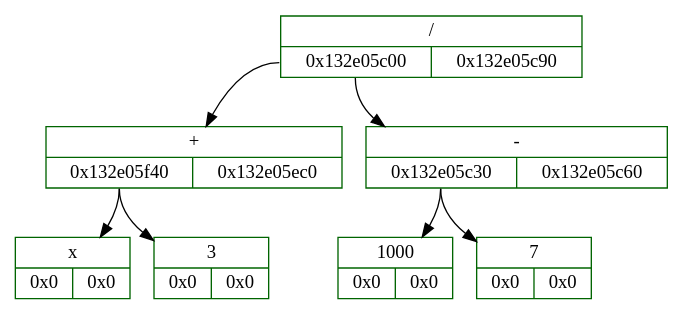
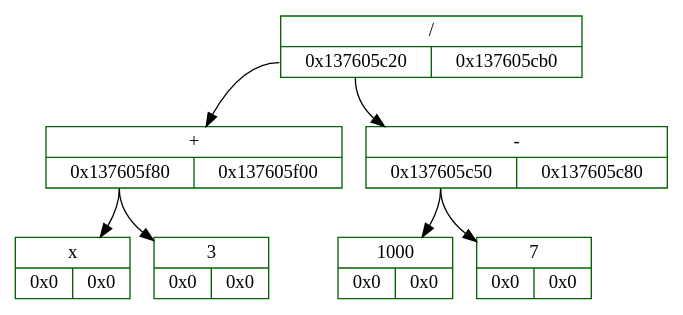
One commit to whiterno/bin_exp_tree changed the diagram in log/dump.dot. Above: the diagram before and after it, drawn with Graphviz. The commit also changed 6 other files, not shown here.

```diff
--- a/log/dump.dot
+++ b/log/dump.dot
@@ -1,17 +1,17 @@
 digraph D{
 	rankdir = TB
 
-	node_7 [color = "darkgreen", style = "filled", shape = "record", fillcolor = "white", label = "{ /  | {<fl7> 0x132e05c00 | <fr7> 0x132e05c90}}"]
+	node_7 [color = "darkgreen", style = "filled", shape = "record", fillcolor = "white", label = "{ /  | {<fl7> 0x137605c20 | <fr7> 0x137605cb0}}"]
 	node_7: <fl7> -> node_6 [color = "black", arrowhead = "normal", label = ""]
-	node_6 [color = "darkgreen", style = "filled", shape = "record", fillcolor = "white", label = "{ +  | {<fl6> 0x132e05f40 | <fr6> 0x132e05ec0}}"]
+	node_6 [color = "darkgreen", style = "filled", shape = "record", fillcolor = "white", label = "{ +  | {<fl6> 0x137605f80 | <fr6> 0x137605f00}}"]
 	node_6: <fl6> -> node_5 [color = "black", arrowhead = "normal", label = ""]
 	node_5 [color = "darkgreen", style = "filled", shape = "record", fillcolor = "white", label = "{ x  | {<fl5> 0x0 | <fr5> 0x0}}"]
 	node_6: <fl6> -> node_4 [color = "black", arrowhead = "normal", label = ""]
 	node_4 [color = "darkgreen", style = "filled", shape = "record", fillcolor = "white", label = "{3  | {<fl4> 0x0 | <fr4> 0x0}}"]
 	node_7: <fl7> -> node_3 [color = "black", arrowhead = "normal", label = ""]
-	node_3 [color = "darkgreen", style = "filled", shape = "record", fillcolor = "white", label = "{ -  | {<fl3> 0x132e05c30 | <fr3> 0x132e05c60}}"]
+	node_3 [color = "darkgreen", style = "filled", shape = "record", fillcolor = "white", label = "{ -  | {<fl3> 0x137605c50 | <fr3> 0x137605c80}}"]
 	node_3: <fl3> -> node_2 [color = "black", arrowhead = "normal", label = ""]
 	node_2 [color = "darkgreen", style = "filled", shape = "record", fillcolor = "white", label = "{1000  | {<fl2> 0x0 | <fr2> 0x0}}"]
 	node_3: <fl3> -> node_1 [color = "black", arrowhead = "normal", label = ""]
 	node_1 [color = "darkgreen", style = "filled", shape = "record", fillcolor = "white", label = "{7  | {<fl1> 0x0 | <fr1> 0x0}}"]
 }
```
